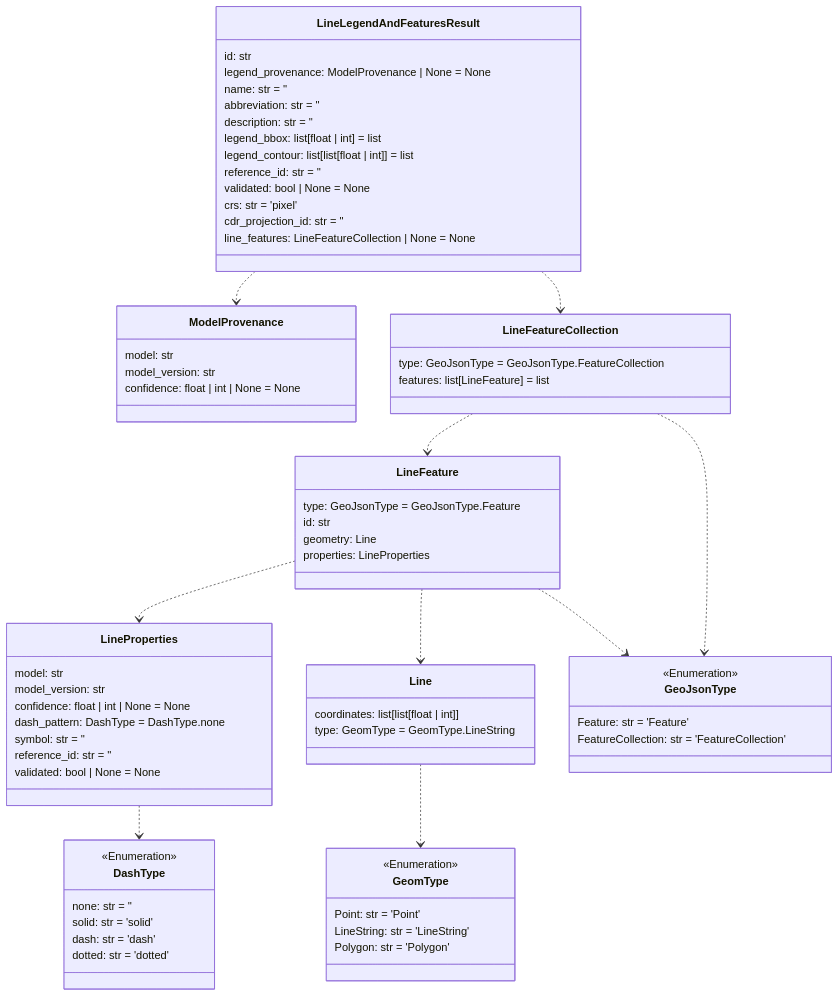
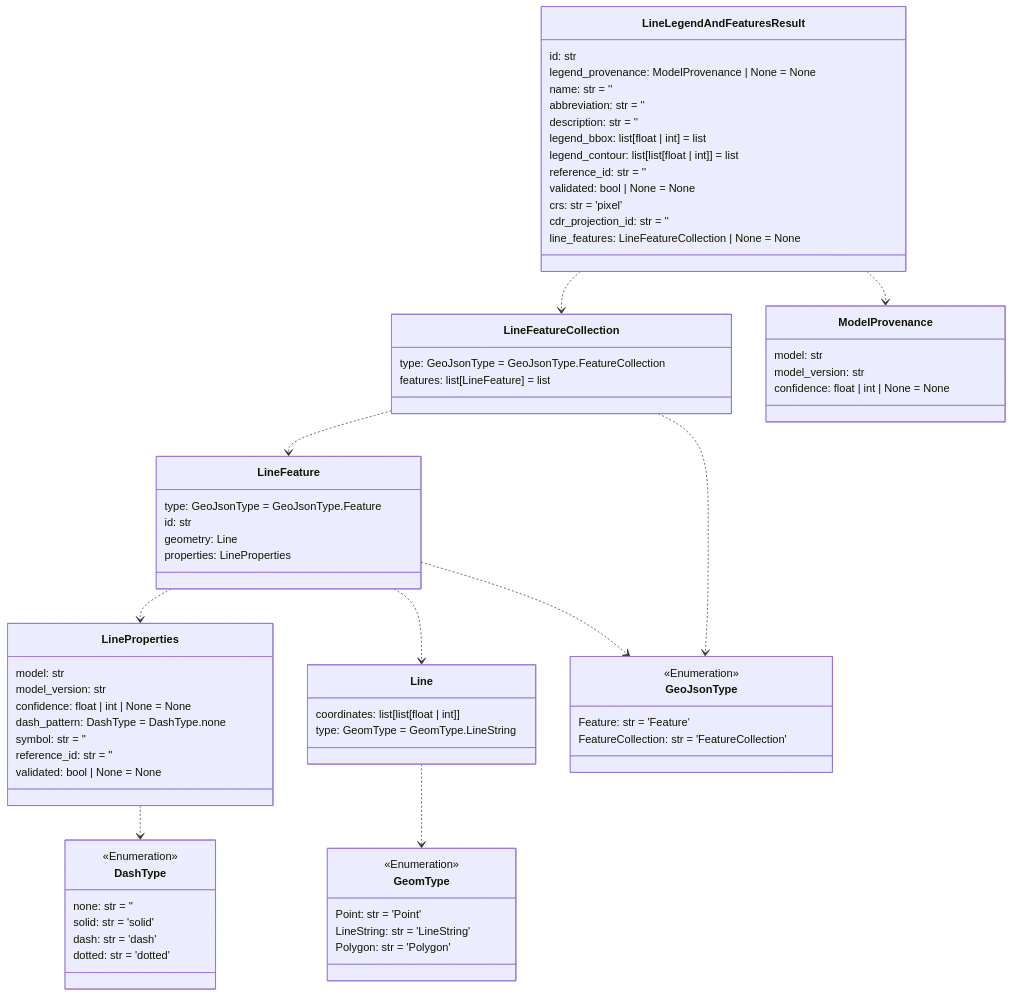
The sixth of 14 diagrams in README.md (DARPA-CRITICALMAAS/cdr_schemas), drawn with Mermaid before and after one commit. The commit also changed other lines of this file and 1 other file, not shown here.

````diff
--- a/README.md
+++ b/README.md
@@ -452,84 +452,84 @@
 ```mermaid
 classDiagram
 
     class LineLegendAndFeaturesResult {
         id: str
         legend_provenance: ModelProvenance | None = None
         name: str = ''
         abbreviation: str = ''
         description: str = ''
         legend_bbox: list[float | int] = list
         legend_contour: list[list[float | int]] = list
         reference_id: str = ''
         validated: bool | None = None
         crs: str = 'pixel'
         cdr_projection_id: str = ''
         line_features: LineFeatureCollection | None = None
     }
 
-    class GeomType {
-        <<Enumeration>>
-        Point: str = 'Point'
-        LineString: str = 'LineString'
-        Polygon: str = 'Polygon'
+    class Line {
+        coordinates: list[list[float | int]]
+        type: GeomType = GeomType.LineString
     }
 
-    class ModelProvenance {
-        model: str
-        model_version: str
-        confidence: float | int | None = None
-    }
-
-    class GeoJsonType {
+    class DashType {
         <<Enumeration>>
-        Feature: str = 'Feature'
-        FeatureCollection: str = 'FeatureCollection'
+        none: str = ''
+        solid: str = 'solid'
+        dash: str = 'dash'
+        dotted: str = 'dotted'
     }
 
     class LineFeatureCollection {
         type: GeoJsonType = GeoJsonType.FeatureCollection
         features: list[LineFeature] = list
     }
 
     class LineProperties {
         model: str
         model_version: str
         confidence: float | int | None = None
         dash_pattern: DashType = DashType.none
         symbol: str = ''
         reference_id: str = ''
         validated: bool | None = None
     }
 
-    class Line {
-        coordinates: list[list[float | int]]
-        type: GeomType = GeomType.LineString
-    }
-
-    class DashType {
-        <<Enumeration>>
-        none: str = ''
-        solid: str = 'solid'
-        dash: str = 'dash'
-        dotted: str = 'dotted'
-    }
-
     class LineFeature {
         type: GeoJsonType = GeoJsonType.Feature
         id: str
         geometry: Line
         properties: LineProperties
+    }
+
+    class GeoJsonType {
+        <<Enumeration>>
+        Feature: str = 'Feature'
+        FeatureCollection: str = 'FeatureCollection'
+    }
+
+    class ModelProvenance {
+        model: str
+        model_version: str
+        confidence: float | int | None = None
+    }
+
+    class GeomType {
+        <<Enumeration>>
+        Point: str = 'Point'
+        LineString: str = 'LineString'
+        Polygon: str = 'Polygon'
     }
 
     Line ..> GeomType
     LineProperties ..> DashType
     LineFeature ..> LineProperties
     LineFeature ..> Line
     LineFeature ..> GeoJsonType
     LineFeatureCollection ..> LineFeature
     LineFeatureCollection ..> GeoJsonType
     LineLegendAndFeaturesResult ..> ModelProvenance
     LineLegendAndFeaturesResult ..> LineFeatureCollection
 
 
 ```
````
